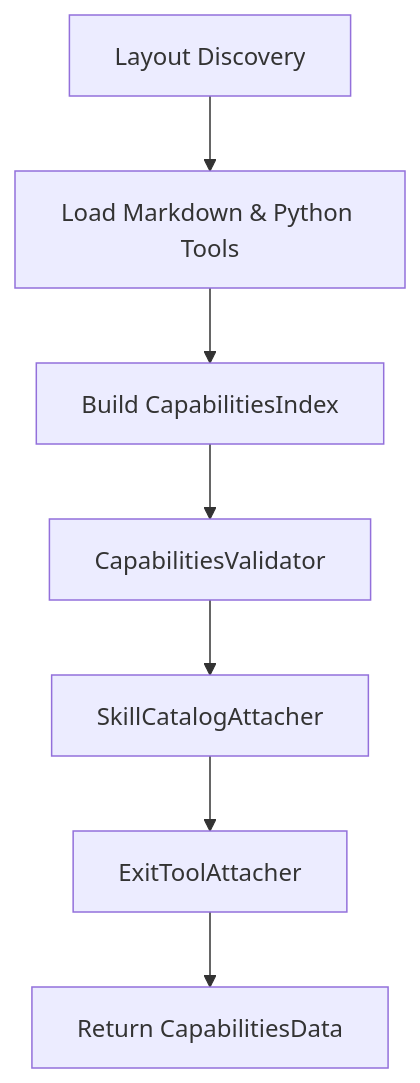
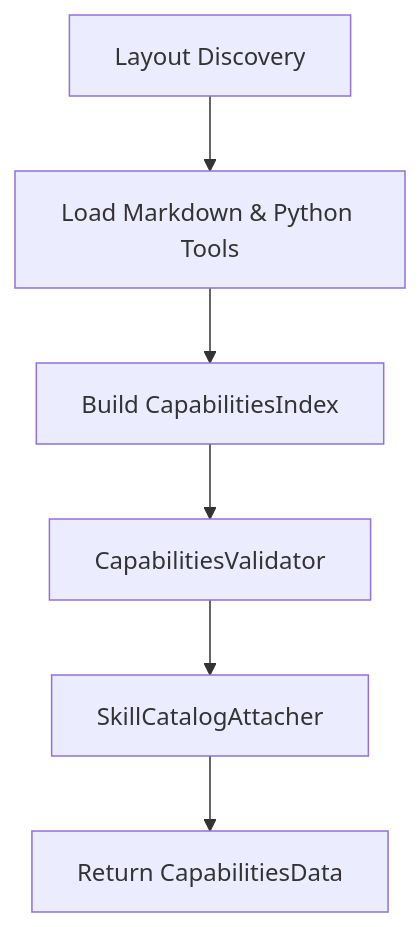
Before and after one commit to DanieleFlo/ExMekh: the diagram in docs/04-capabilities-and-catalog.md, drawn with Mermaid. The commit also changed other lines of this file and 48 other files, not shown here.

````diff
--- a/docs/04-capabilities-and-catalog.md
+++ b/docs/04-capabilities-and-catalog.md
@@ -94,9 +111,8 @@
 ```mermaid
 flowchart TD
     A[Layout Discovery] --> B[Load Markdown & Python Tools]
     B --> C[Build CapabilitiesIndex]
     C --> D[CapabilitiesValidator]
     D --> E[SkillCatalogAttacher]
-    E --> F[ExitToolAttacher]
-    F --> G[Return CapabilitiesData]
+    E --> G[Return CapabilitiesData]
 ```
````
